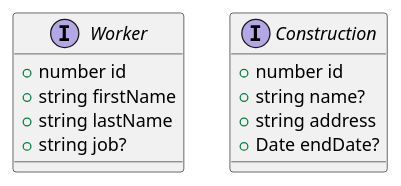
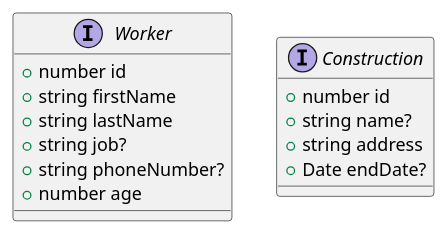
Before and after one commit to sophielrge/antefixe: the diagram in frontend/src/models/model.puml, drawn with PlantUML. The commit also changed 13 other files, not shown here.

```diff
--- a/frontend/src/models/model.puml
+++ b/frontend/src/models/model.puml
@@ -1,17 +1,19 @@
 @startuml
 
 interface Worker {
   + number id
   + string firstName
   + string lastName
   + string job?
+  + string phoneNumber?
+  + number age
 }
 
 interface Construction {
   + number id
   + string name?
   + string address
   + Date endDate?
 }
 
 @enduml
```
